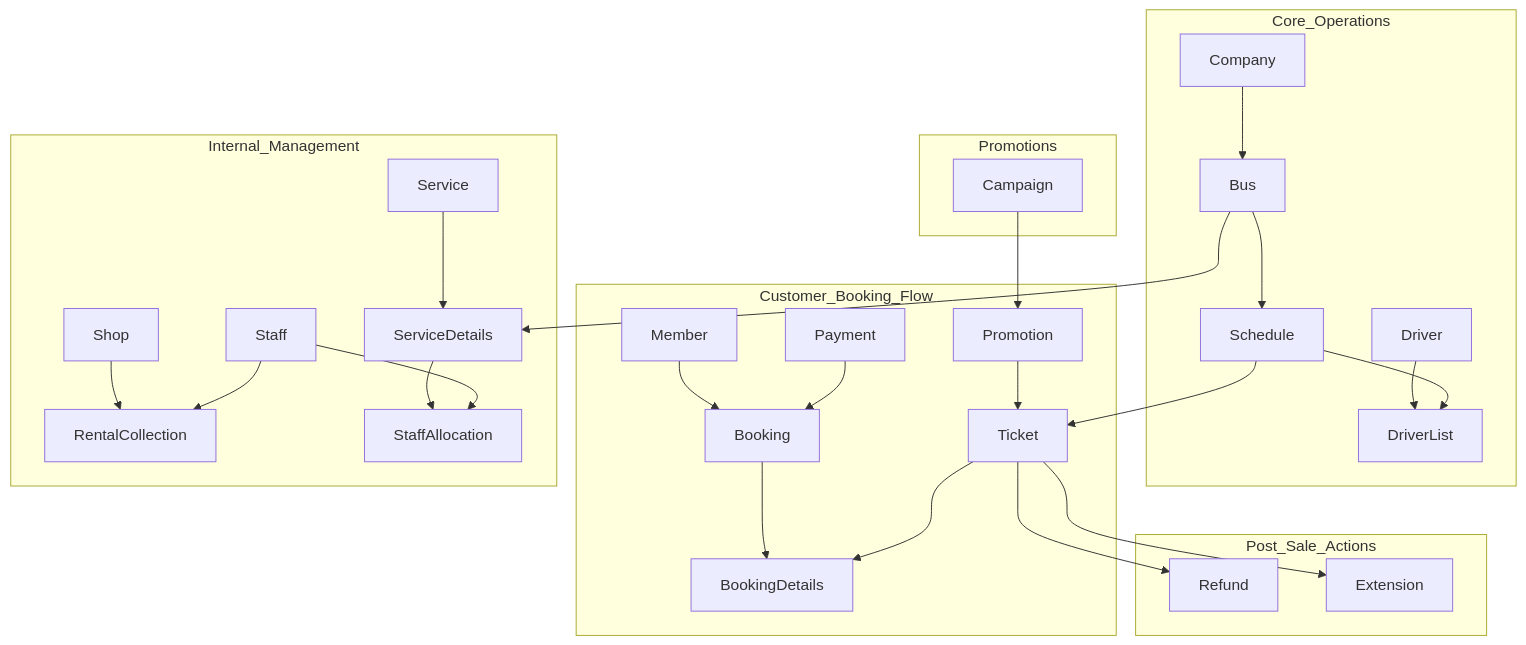
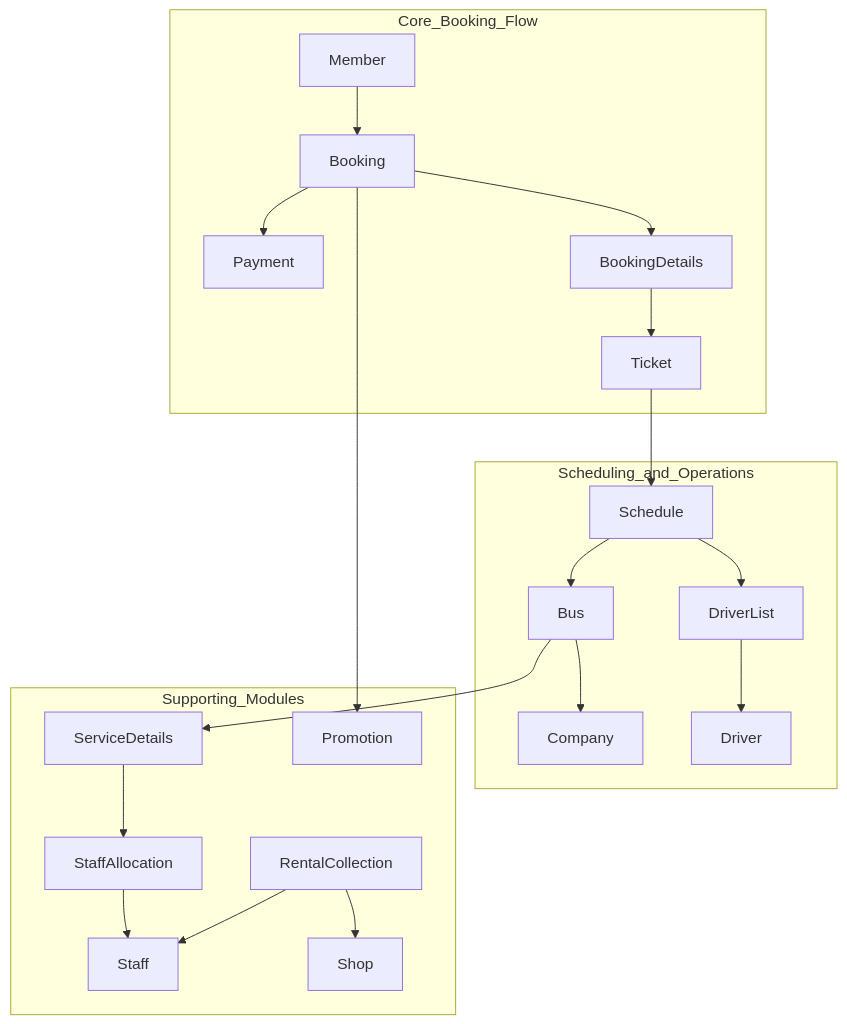
The diagram in README.md (Brynlai/database-management), drawn with Mermaid before and after one commit. The commit also changed other lines of this file, not shown here.

````diff
--- a/README.md
+++ b/README.md
@@ -39,36 +9,26 @@
 ```mermaid
 graph TD
-    subgraph Core_Operations
-        Company --> Bus
-        Bus --> Schedule
-        Driver --> DriverList
-        Schedule --> DriverList
+    subgraph Core_Booking_Flow
+        Member --> Booking;
+        Booking --> Payment;
+        Booking --> BookingDetails;
+        BookingDetails --> Ticket;
     end
 
-    subgraph Customer_Booking_Flow
-        Member --> Booking
-        Payment --> Booking
-        Booking --> BookingDetails
-        Schedule --> Ticket
-        Ticket --> BookingDetails
-        Promotion --> Ticket
+    subgraph Scheduling_and_Operations
+        Ticket --> Schedule;
+        Schedule --> Bus;
+        Bus --> Company;
+        Schedule --> DriverList;
+        DriverList --> Driver;
     end
 
-    subgraph Post_Sale_Actions
-        Ticket --> Refund
-        Ticket --> Extension
-    end
-
-    subgraph Promotions
-        Campaign --> Promotion
-    end
-
-    subgraph Internal_Management
-        Shop --> RentalCollection
-        Staff --> RentalCollection
-        Bus --> ServiceDetails
-        Service --> ServiceDetails
-        ServiceDetails --> StaffAllocation
-        Staff --> StaffAllocation
+    subgraph Supporting_Modules
+        Bus --> ServiceDetails;
+        ServiceDetails --> StaffAllocation;
+        StaffAllocation --> Staff;
+        Booking --> Promotion;
+        RentalCollection --> Shop;
+        RentalCollection --> Staff;
     end
 ```
````
